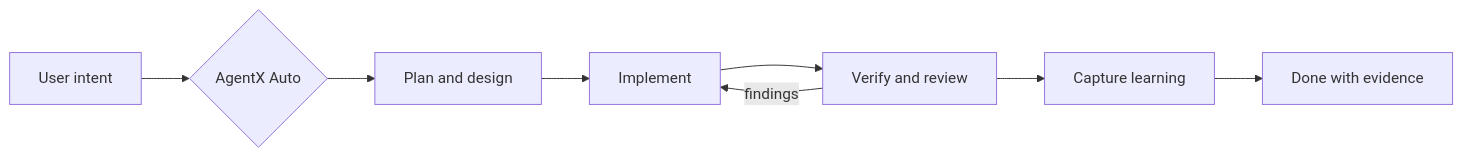
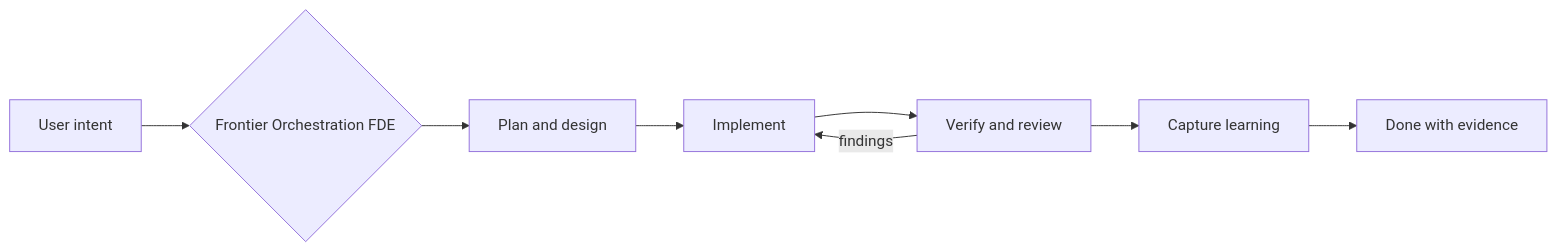
The diagram in README.md (jnPiyush/AgentX), drawn with Mermaid before and after one commit. The commit also changed other lines of this file and 664 other files, not shown here.

````diff
--- a/README.md
+++ b/README.md
@@ -35,10 +35,10 @@
 ```mermaid
 flowchart LR
-    Intent["User intent"] --> Route{"AgentX Auto"}
+    Intent["User intent"] --> Route{"Frontier Orchestration FDE"}
     Route --> Plan["Plan and design"]
     Plan --> Build["Implement"]
     Build --> Verify["Verify and review"]
     Verify -->|"findings"| Build
     Verify --> Capture["Capture learning"]
     Capture --> Done["Done with evidence"]
 ```
````
